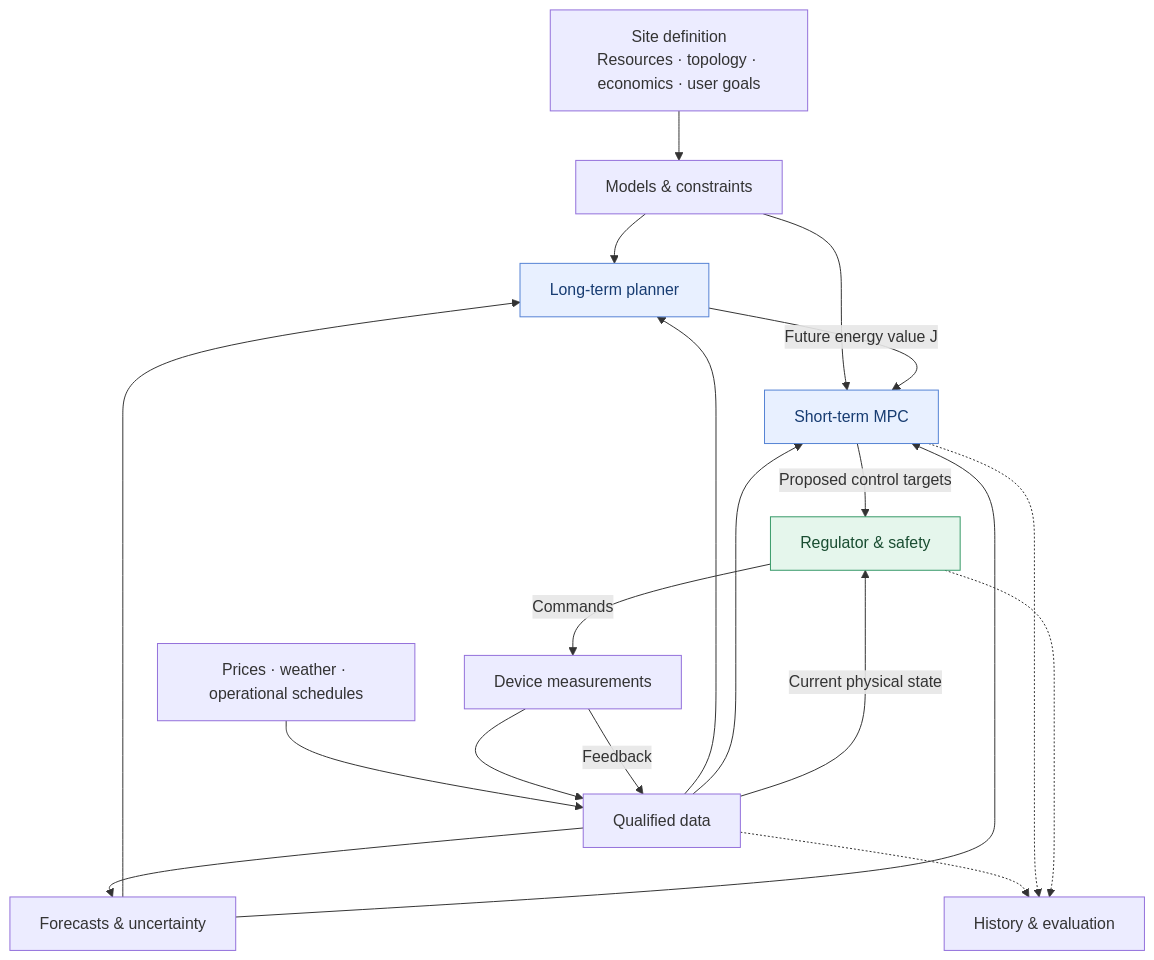
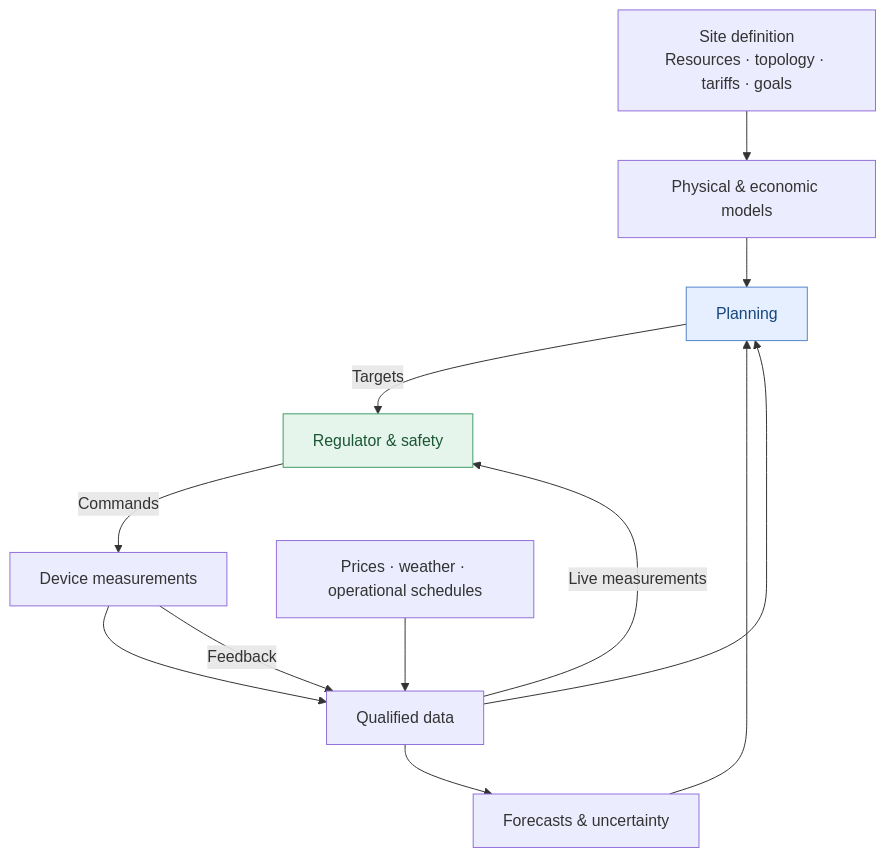
The first of 4 diagrams in docs/architecture.md (hugoenglund-wq/BEMS-public-preview), drawn with Mermaid before and after one commit. The commit also changed other lines of this file, not shown here.

Commit message:
Condense architecture and expand economic forecast-loss discussion

````diff
--- a/docs/architecture.md
+++ b/docs/architecture.md
@@ -34,25 +19,18 @@
 ```mermaid
 flowchart TB
-    Site["Site definition<br/>Resources · topology · economics · user goals"] --> Models["Models & constraints"]
-    External["Prices · weather · operational schedules"] --> Data["Qualified data"]
-    Devices["Device measurements"] --> Data
-    Data --> F["Forecasts & uncertainty"]
-    Data --> L["Long-term planner"]
-    F --> L
-    Models --> L
-    Data --> S["Short-term MPC"]
-    F --> S
-    Models --> S
-    L -->|"Future energy value J"| S
-    S -->|"Proposed control targets"| R["Regulator & safety"]
-    Data -->|"Current physical state"| R
-    R -->|"Commands"| Devices
+    Site["Site definition<br/>Resources · topology · tariffs · goals"] --> Models["Physical & economic models"]
+    Devices["Device measurements"] --> Data["Qualified data"]
+    Context["Prices · weather · operational schedules"] --> Data
+    Data --> Forecast["Forecasts & uncertainty"]
+    Data --> Planning["Planning"]
+    Forecast --> Planning
+    Models --> Planning
+    Planning -->|"Targets"| Safety["Regulator & safety"]
+    Data -->|"Live measurements"| Safety
+    Safety -->|"Commands"| Devices
     Devices -->|"Feedback"| Data
-    Data -.-> Archive["History & evaluation"]
-    S -.-> Archive
-    R -.-> Archive
-    classDef primary fill:#e8f0ff,stroke:#5482d4,color:#173c72
-    classDef protected fill:#e5f6ec,stroke:#369967,color:#194d31
-    class L,S primary
-    class R protected
+    classDef plan fill:#e6efff,stroke:#5485cb,color:#17457c
+    classDef safe fill:#e6f5eb,stroke:#3f9b66,color:#1b5635
+    class Planning plan
+    class Safety safe
 ```
````
